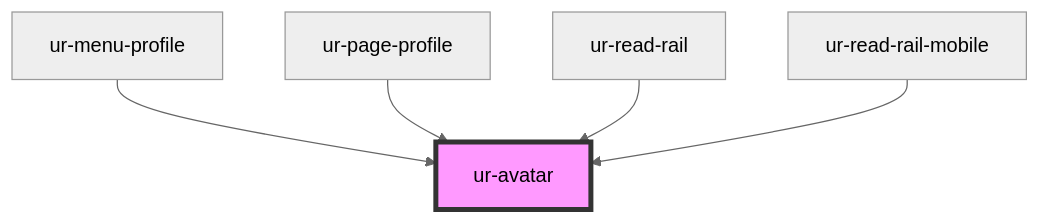
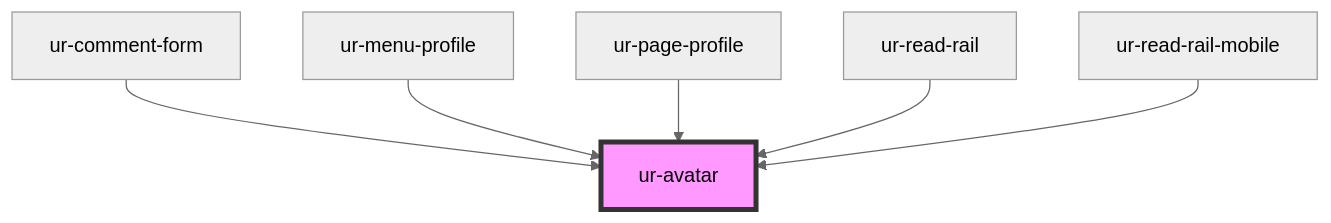
The diagram in src/components/ur-avatar/readme.md (hellish/urnovl-web-components), drawn with Mermaid (neutral theme) before and after one commit. The commit also changed other lines of this file and 19 other files, not shown here.

````diff
--- a/src/components/ur-avatar/readme.md
+++ b/src/components/ur-avatar/readme.md
@@ -29,8 +30,9 @@
 ```mermaid
 graph TD;
+  ur-comment-form --> ur-avatar
   ur-menu-profile --> ur-avatar
   ur-page-profile --> ur-avatar
   ur-read-rail --> ur-avatar
   ur-read-rail-mobile --> ur-avatar
   style ur-avatar fill:#f9f,stroke:#333,stroke-width:4px
 ```
````
